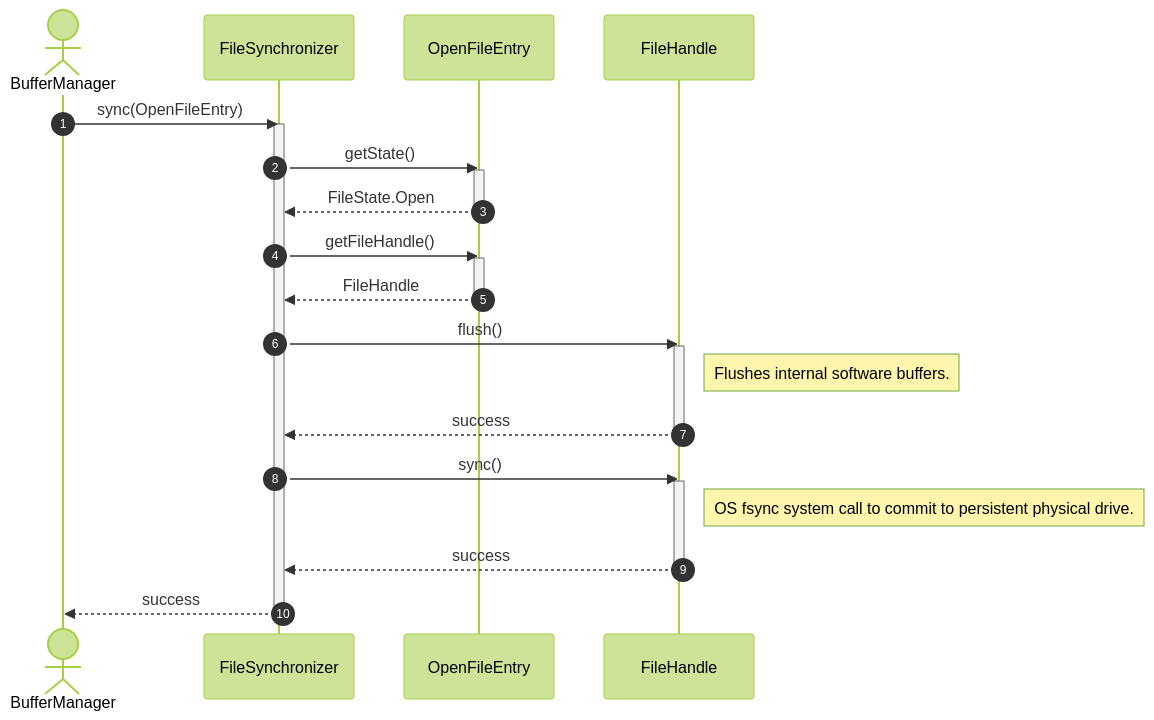
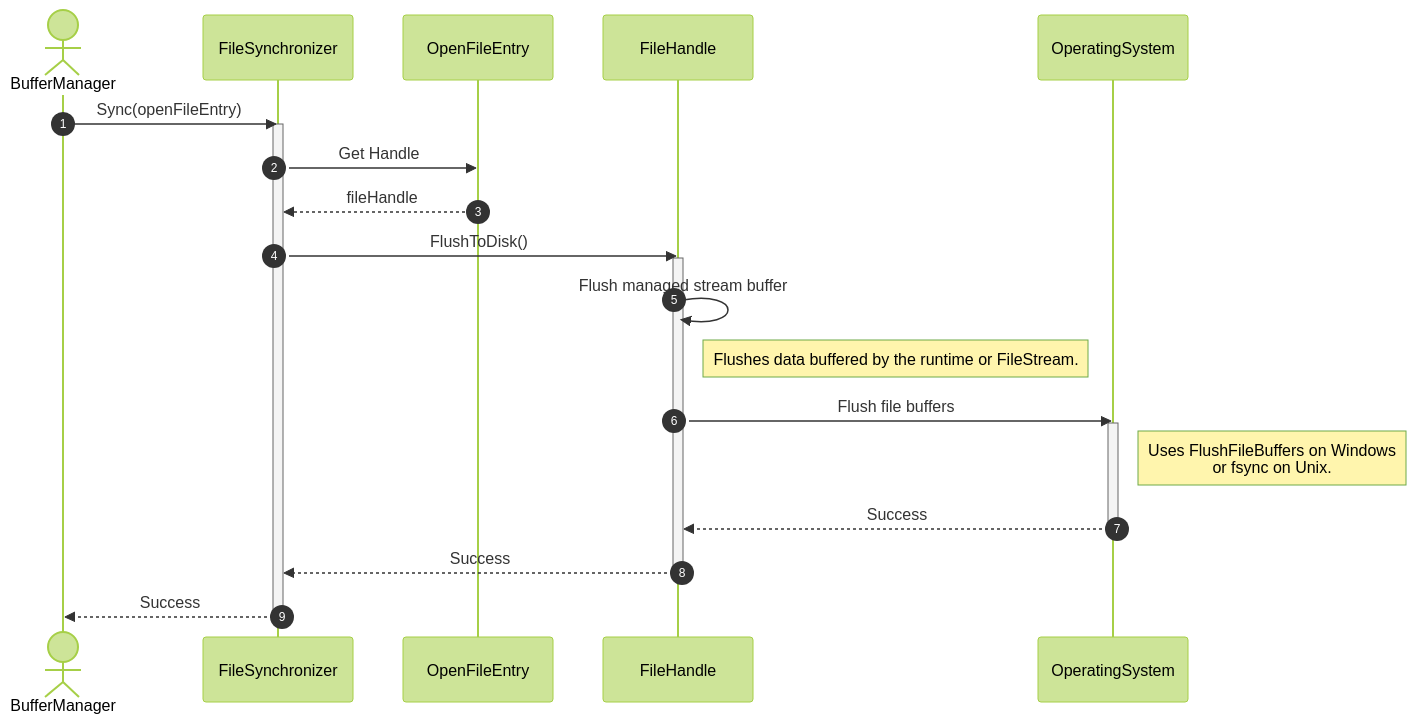
One commit to manaxpow/DBMS changed the first of 2 diagrams in docs/diagrams/sequence-diagrams/storage-engine/file-management/file-io/sync-file.md. Above: the diagram before and after it, drawn with Mermaid (forest theme). The commit also changed other lines of this file and 41 other files, not shown here.

Commit message:
#3 upload class and sequencce diagram

````diff
--- a/docs/diagrams/sequence-diagrams/storage-engine/file-management/file-io/sync-file.md
+++ b/docs/diagrams/sequence-diagrams/storage-engine/file-management/file-io/sync-file.md
@@ -10,36 +20,35 @@
 ```mermaid
 sequenceDiagram
     autonumber
+
     actor BM as BufferManager
     participant FS as FileSynchronizer
     participant OE as OpenFileEntry
     participant FH as FileHandle
+    participant OS as OperatingSystem
 
-    BM->>FS: sync(OpenFileEntry)
+    BM->>FS: Sync(openFileEntry)
     activate FS
-    
-    FS->>OE: getState()
-    activate OE
-    OE-->>FS: FileState.Open
-    deactivate OE
-    
-    FS->>OE: getFileHandle()
-    activate OE
-    OE-->>FS: FileHandle
-    deactivate OE
-    
-    FS->>FH: flush()
+
+    FS->>OE: Get Handle
+    OE-->>FS: fileHandle
+
+    FS->>FH: FlushToDisk()
     activate FH
-    note right of FH: Flushes internal software buffers.
-    FH-->>FS: success
+
+    FH->>FH: Flush managed stream buffer
+    note right of FH: Flushes data buffered by the runtime or FileStream.
+
+    FH->>OS: Flush file buffers
+    activate OS
+    note right of OS: Uses FlushFileBuffers on Windows<br/>or fsync on Unix.
+
+    OS-->>FH: Success
+    deactivate OS
+
+    FH-->>FS: Success
     deactivate FH
-    
-    FS->>FH: sync()
-    activate FH
-    note right of FH: OS fsync system call to commit to persistent physical drive.
-    FH-->>FS: success
-    deactivate FH
-    
-    FS-->>BM: success
+
+    FS-->>BM: Success
     deactivate FS
 ```
````
